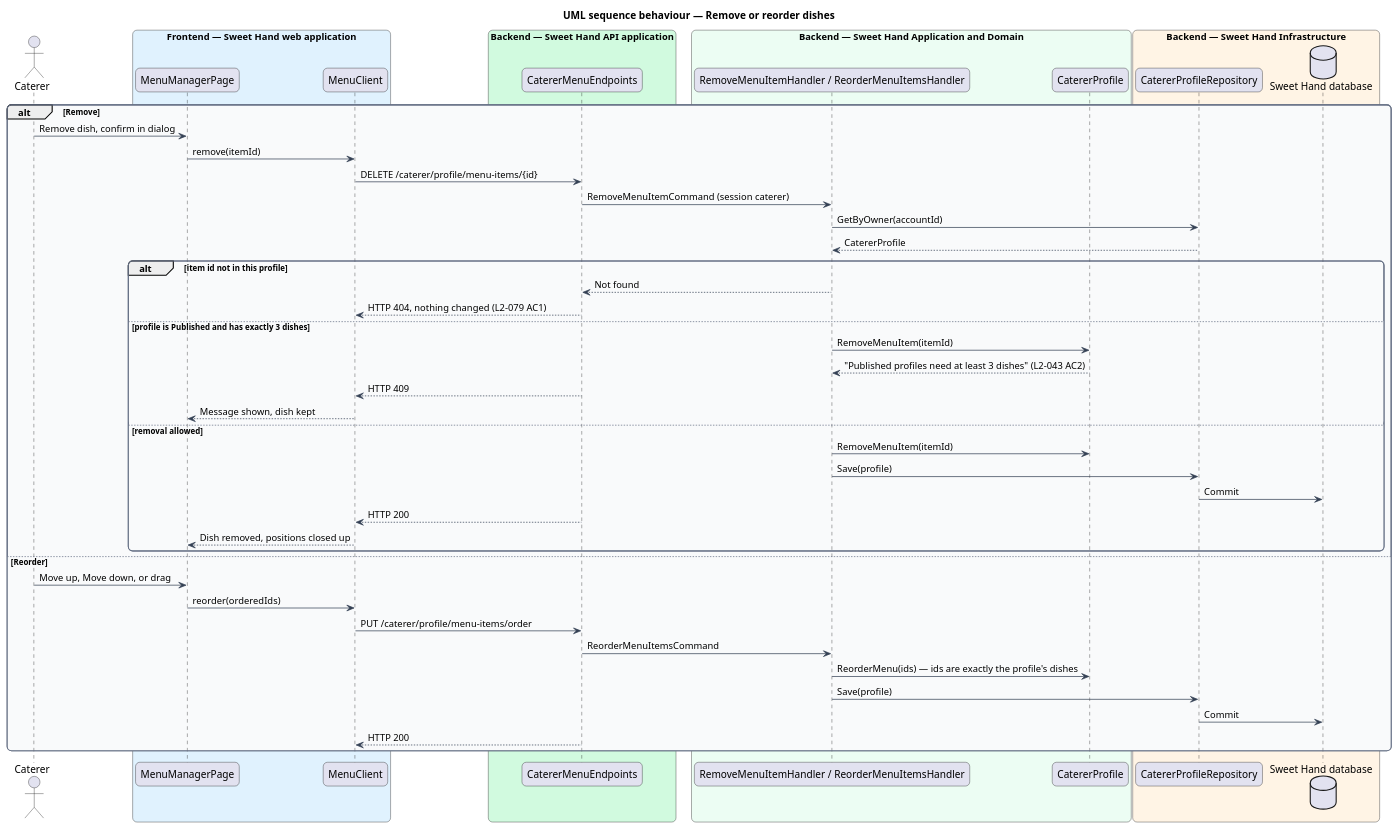
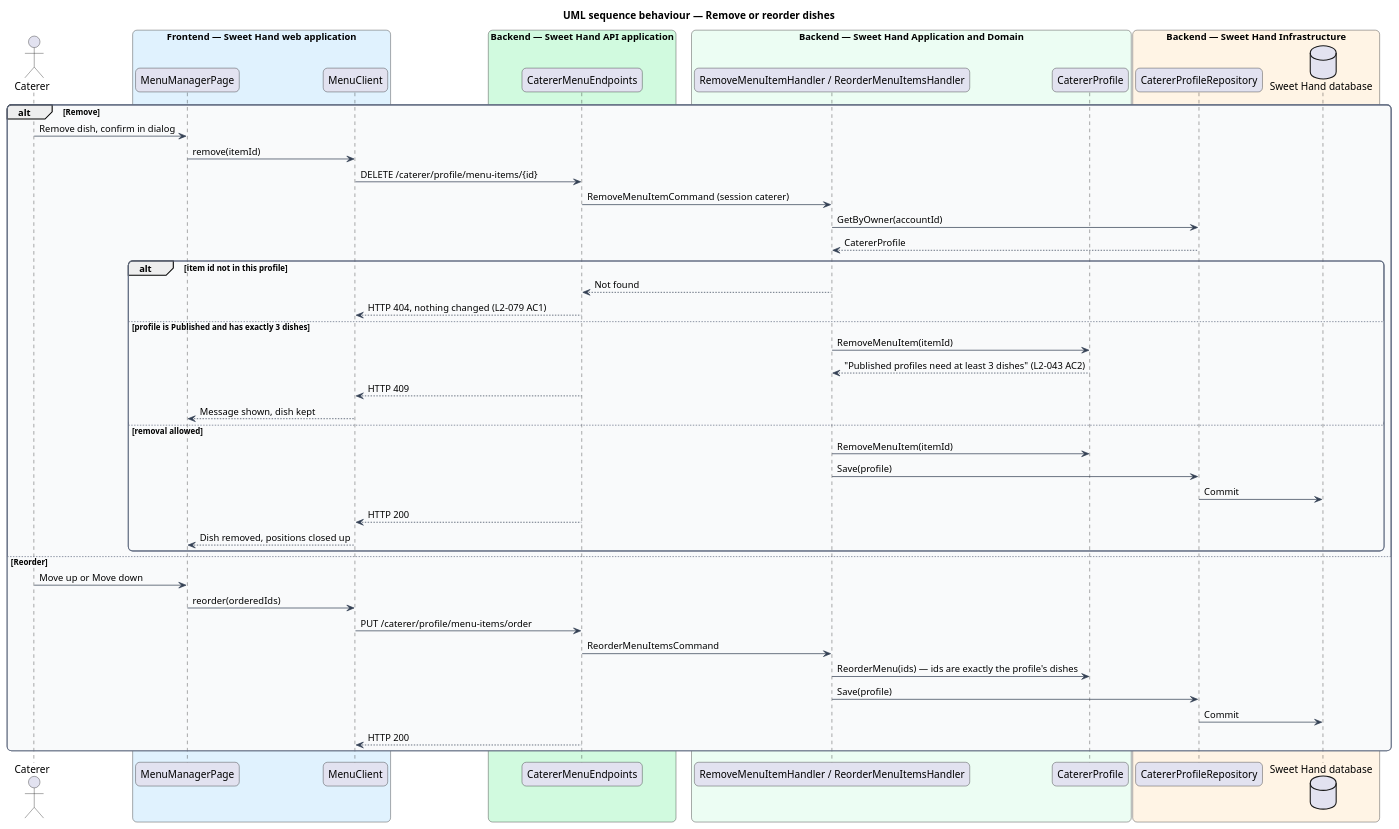
Before and after one commit to QuinntyneBrown/sweet-hand: the diagram in docs/detailed-designs/caterer-profiles/manage-menu/diagrams/sequence-remove-or-reorder.puml, drawn with PlantUML. The commit also changed 58 other files, not shown here.

```diff
--- a/docs/detailed-designs/caterer-profiles/manage-menu/diagrams/sequence-remove-or-reorder.puml
+++ b/docs/detailed-designs/caterer-profiles/manage-menu/diagrams/sequence-remove-or-reorder.puml
@@ -1,66 +1,66 @@
 @startuml
 title UML sequence behaviour — Remove or reorder dishes
 skinparam backgroundColor #FFFFFF
 skinparam shadowing false
 skinparam roundcorner 12
 skinparam defaultFontName Arial
 skinparam ArrowColor #344054
 skinparam rectangle {
   BorderColor #344054
   FontColor #101828
 }
 skinparam package {
   BorderColor #667085
   FontColor #101828
   BackgroundColor #F9FAFB
 }
 actor "Caterer" as actor
 box "Frontend — Sweet Hand web application" #E0F2FE
   participant "MenuManagerPage" as page
   participant "MenuClient" as client
 end box
 box "Backend — Sweet Hand API application" #D1FADF
   participant "CatererMenuEndpoints" as endpoints
 end box
 box "Backend — Sweet Hand Application and Domain" #ECFDF3
   participant "RemoveMenuItemHandler / ReorderMenuItemsHandler" as handler
   participant "CatererProfile" as profile
 end box
 box "Backend — Sweet Hand Infrastructure" #FFF4E5
   participant "CatererProfileRepository" as repo
   database "Sweet Hand database" as db
 end box
 
 alt Remove
   actor -> page : Remove dish, confirm in dialog
   page -> client : remove(itemId)
   client -> endpoints : DELETE /caterer/profile/menu-items/{id}
   endpoints -> handler : RemoveMenuItemCommand (session caterer)
   handler -> repo : GetByOwner(accountId)
   repo --> handler : CatererProfile
   alt item id not in this profile
     handler --> endpoints : Not found
     endpoints --> client : HTTP 404, nothing changed (L2-079 AC1)
   else profile is Published and has exactly 3 dishes
     handler -> profile : RemoveMenuItem(itemId)
     profile --> handler : "Published profiles need at least 3 dishes" (L2-043 AC2)
     endpoints --> client : HTTP 409
     client --> page : Message shown, dish kept
   else removal allowed
     handler -> profile : RemoveMenuItem(itemId)
     handler -> repo : Save(profile)
     repo -> db : Commit
     endpoints --> client : HTTP 200
     client --> page : Dish removed, positions closed up
   end
 else Reorder
-  actor -> page : Move up, Move down, or drag
+  actor -> page : Move up or Move down
   page -> client : reorder(orderedIds)
   client -> endpoints : PUT /caterer/profile/menu-items/order
   endpoints -> handler : ReorderMenuItemsCommand
   handler -> profile : ReorderMenu(ids) — ids are exactly the profile's dishes
   handler -> repo : Save(profile)
   repo -> db : Commit
   endpoints --> client : HTTP 200
 end
 @enduml
```
